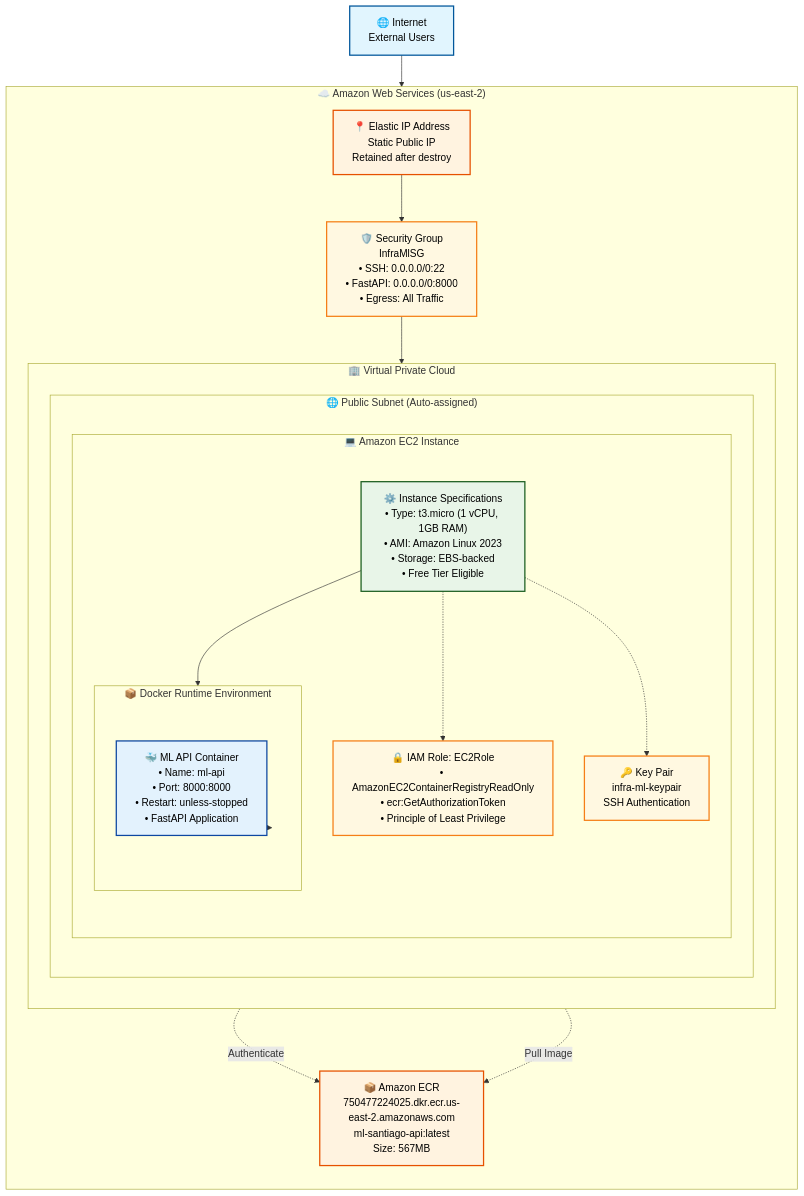
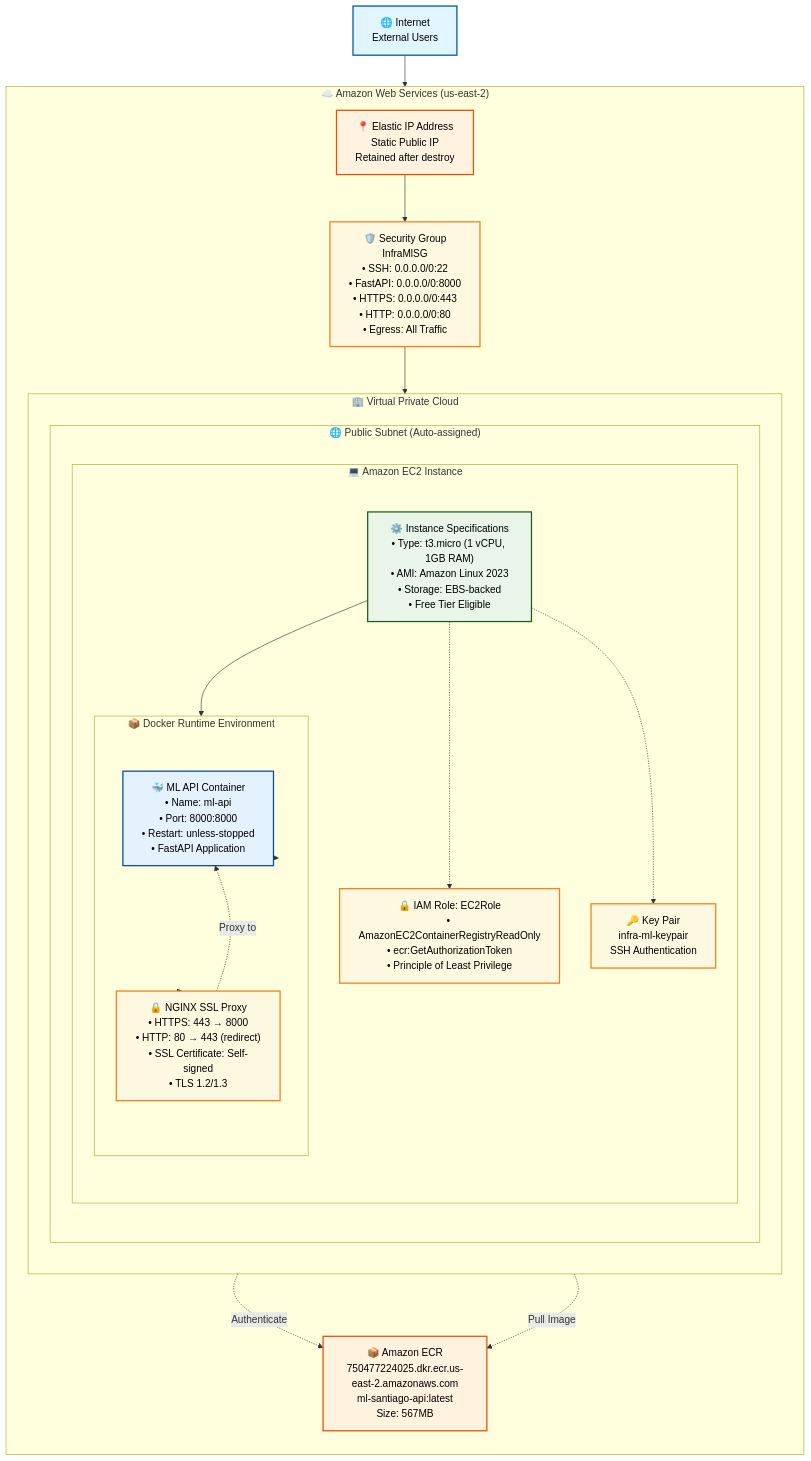
One commit to SantiagoEsquivelHub/PDI-ML_infrastructure changed the first of 2 diagrams in ARQUITECTURA_MERMAID.md. Above: the diagram before and after it, drawn with Mermaid. The commit also changed other lines of this file, not shown here.

Commit message:
ARQUITECTURA_MERMAID.md

````diff
--- a/ARQUITECTURA_MERMAID.md
+++ b/ARQUITECTURA_MERMAID.md
@@ -5,66 +5,70 @@
 ```mermaid
 graph TB
     %% Styling
     classDef internetClass fill:#e1f5fe,stroke:#01579b,stroke-width:2px,color:#000
     classDef awsServiceClass fill:#fff3e0,stroke:#e65100,stroke-width:2px,color:#000
     classDef networkClass fill:#f3e5f5,stroke:#4a148c,stroke-width:2px,color:#000
     classDef computeClass fill:#e8f5e8,stroke:#1b5e20,stroke-width:2px,color:#000
     classDef containerClass fill:#e3f2fd,stroke:#0d47a1,stroke-width:2px,color:#000
     classDef securityClass fill:#fff8e1,stroke:#f57f17,stroke-width:2px,color:#000
     
     %% External Layer
     INTERNET[🌐 Internet<br/>External Users]:::internetClass
     
     %% AWS Cloud Infrastructure
     subgraph AWS["☁️ Amazon Web Services (us-east-2)"]
         direction TB
         
         %% Elastic IP
         EIP[📍 Elastic IP Address<br/>Static Public IP<br/>Retained after destroy]:::awsServiceClass
         
         %% Security Layer
-        SG[🛡️ Security Group<br/>InfraMlSG<br/>• SSH: 0.0.0.0/0:22<br/>• FastAPI: 0.0.0.0/0:8000<br/>• Egress: All Traffic]:::securityClass
+        SG[🛡️ Security Group<br/>InfraMlSG<br/>• SSH: 0.0.0.0/0:22<br/>• FastAPI: 0.0.0.0/0:8000<br/>• HTTPS: 0.0.0.0/0:443<br/>• HTTP: 0.0.0.0/0:80<br/>• Egress: All Traffic]:::securityClass
         
         %% VPC Network
         subgraph VPC["🏢 Virtual Private Cloud"]
             direction TB
             
             %% Public Subnet
             subgraph SUBNET["🌐 Public Subnet (Auto-assigned)"]
                 direction TB
                 
                 %% EC2 Instance
                 subgraph EC2["💻 Amazon EC2 Instance"]
                     direction TB
                     EC2_SPECS["⚙️ Instance Specifications<br/>• Type: t3.micro (1 vCPU, 1GB RAM)<br/>• AMI: Amazon Linux 2023<br/>• Storage: EBS-backed<br/>• Free Tier Eligible"]:::computeClass
                     
                     %% IAM Role
                     IAM_ROLE["🔒 IAM Role: EC2Role<br/>• AmazonEC2ContainerRegistryReadOnly<br/>• ecr:GetAuthorizationToken<br/>• Principle of Least Privilege"]:::securityClass
                     
                     %% Key Pair
                     KEYPAIR["🔑 Key Pair<br/>infra-ml-keypair<br/>SSH Authentication"]:::securityClass
                     
                     %% Docker Container
                     subgraph DOCKER["📦 Docker Runtime Environment"]
                         direction TB
                         CONTAINER["🐳 ML API Container<br/>• Name: ml-api<br/>• Port: 8000:8000<br/>• Restart: unless-stopped<br/>• FastAPI Application"]:::containerClass
+                        
+                        NGINX["🔒 NGINX SSL Proxy<br/>• HTTPS: 443 → 8000<br/>• HTTP: 80 → 443 (redirect)<br/>• SSL Certificate: Self-signed<br/>• TLS 1.2/1.3"]:::securityClass
                     end
                 end
             end
         end
         
         %% ECR Repository
         ECR["📦 Amazon ECR<br/>750477224025.dkr.ecr.us-east-2.amazonaws.com<br/>ml-santiago-api:latest<br/>Size: 567MB"]:::awsServiceClass
     end
     
     %% Connections
     INTERNET --> EIP
     EIP --> SG
     SG --> EC2_SPECS
     EC2_SPECS -.-> IAM_ROLE
     EC2_SPECS -.-> KEYPAIR
     EC2_SPECS --> DOCKER
     DOCKER --> CONTAINER
+    DOCKER --> NGINX
+    NGINX -.->|Proxy to| CONTAINER
     CONTAINER -.->|Pull Image| ECR
     IAM_ROLE -.->|Authenticate| ECR
 ```
````
